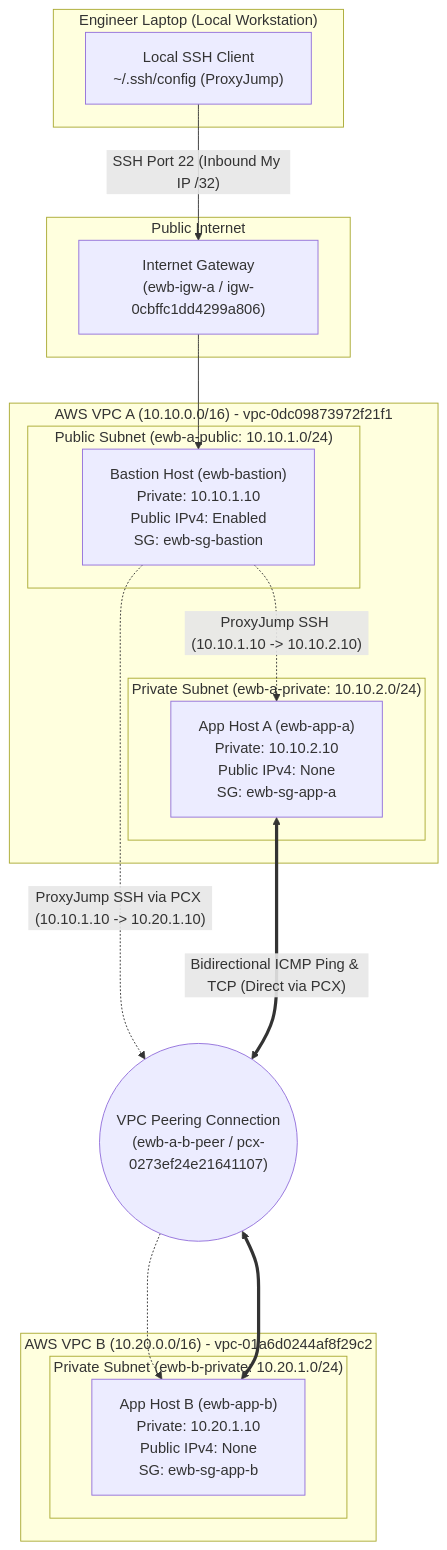
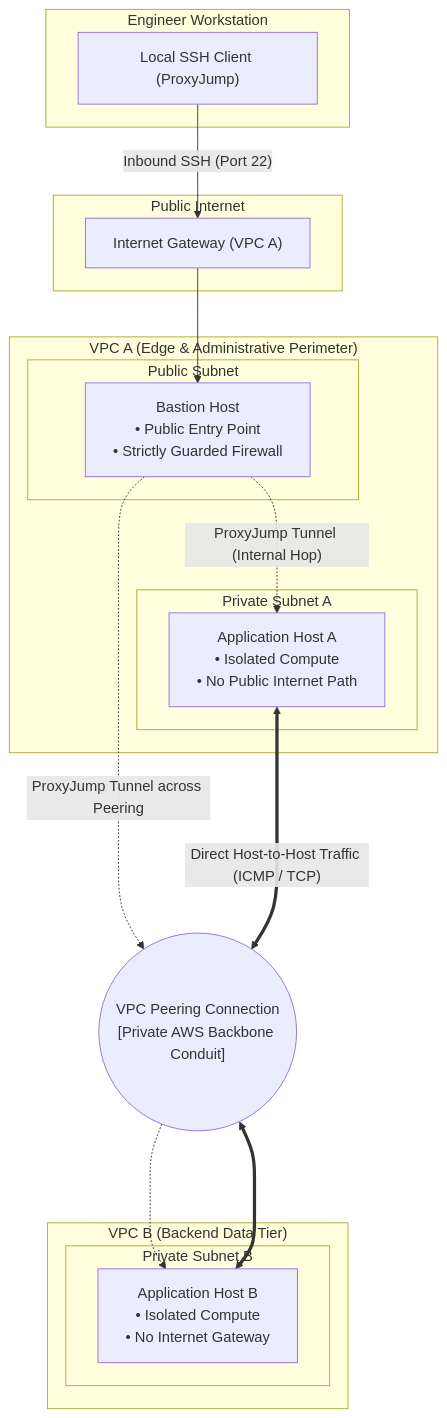
The diagram in README.md (arunbharathimb121-ai/AWS_Report), drawn with Mermaid before and after one commit. The commit also changed other lines of this file, not shown here.

First line of the commit message:
Revise README for AWS VPC Peering Project

````diff
--- a/README.md
+++ b/README.md
@@ -35,37 +8,36 @@
 ```mermaid
 flowchart TD
-    subgraph Local["Engineer Laptop (Local Workstation)"]
-        Laptop["Local SSH Client<br/>~/.ssh/config (ProxyJump)"]
+    subgraph Workstation["Engineer Workstation"]
+        Client["Local SSH Client (ProxyJump)"]
     end
 
     subgraph Internet["Public Internet"]
-        IGW["Internet Gateway<br/>(ewb-igw-a / igw-0cbffc1dd4299a806)"]
+        IGW["Internet Gateway (VPC A)"]
     end
 
-    subgraph VPCA["AWS VPC A (10.10.0.0/16) - vpc-0dc09873972f21f1"]
-        subgraph SubnetAPublic["Public Subnet (ewb-a-public: 10.10.1.0/24)"]
-            Bastion["Bastion Host (ewb-bastion)<br/>Private: 10.10.1.10<br/>Public IPv4: Enabled<br/>SG: ewb-sg-bastion"]
+    subgraph VPCA["VPC A (Edge & Administrative Perimeter)"]
+        subgraph SubnetPublic["Public Subnet"]
+            Bastion["Bastion Host<br/>• Public Entry Point<br/>• Strictly Guarded Firewall"]
         end
-
-        subgraph SubnetAPrivate["Private Subnet (ewb-a-private: 10.10.2.0/24)"]
-            AppA["App Host A (ewb-app-a)<br/>Private: 10.10.2.10<br/>Public IPv4: None<br/>SG: ewb-sg-app-a"]
+        subgraph SubnetPrivateA["Private Subnet A"]
+            AppA["Application Host A<br/>• Isolated Compute<br/>• No Public Internet Path"]
         end
     end
 
-    subgraph VPCB["AWS VPC B (10.20.0.0/16) - vpc-01a6d0244af8f29c2"]
-        subgraph SubnetBPrivate["Private Subnet (ewb-b-private: 10.20.1.0/24)"]
-            AppB["App Host B (ewb-app-b)<br/>Private: 10.20.1.10<br/>Public IPv4: None<br/>SG: ewb-sg-app-b"]
+    subgraph VPCB["VPC B (Backend Data Tier)"]
+        subgraph SubnetPrivateB["Private Subnet B"]
+            AppB["Application Host B<br/>• Isolated Compute<br/>• No Internet Gateway"]
         end
     end
 
-    Peering(("VPC Peering Connection<br/>(ewb-a-b-peer / pcx-0273ef24e21641107)"))
+    PeeringConduit(("VPC Peering Connection<br/>[Private AWS Backbone Conduit]"))
 
-    Laptop -->|"SSH Port 22 (Inbound My IP /32)"| IGW
+    Client -->|"Inbound SSH (Port 22)"| IGW
     IGW --> Bastion
-    Bastion -.->|"ProxyJump SSH (10.10.1.10 -> 10.10.2.10)"| AppA
-    Bastion -.->|"ProxyJump SSH via PCX (10.10.1.10 -> 10.20.1.10)"| Peering
-    Peering -.-> AppB
+    Bastion -.->|"ProxyJump Tunnel (Internal Hop)"| AppA
+    Bastion -.->|"ProxyJump Tunnel across Peering"| PeeringConduit
+    PeeringConduit -.-> AppB
 
-    AppA <===>|"Bidirectional ICMP Ping & TCP (Direct via PCX)"| Peering
-    Peering <===> AppB
+    AppA <===>|"Direct Host-to-Host Traffic (ICMP / TCP)"| PeeringConduit
+    PeeringConduit <===> AppB
 ```
````
